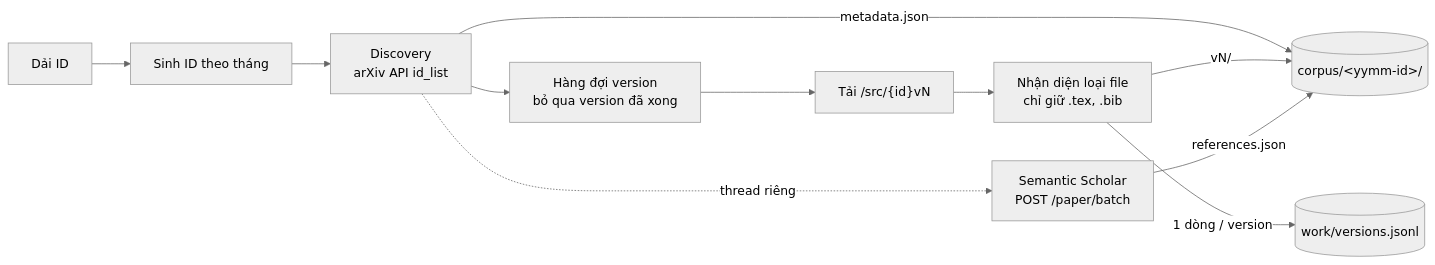
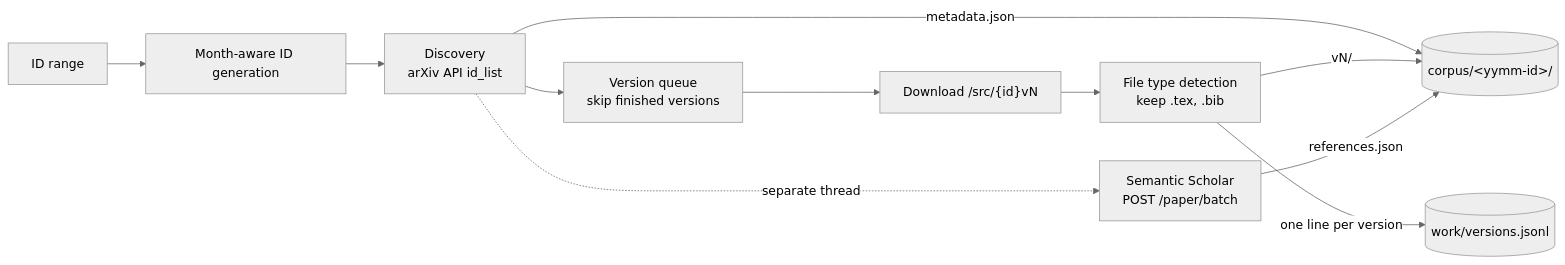
Before and after one commit to hcmus-arxiv-nhom1/arxiv-book: the diagram in m1/01-methodology.md, drawn with Mermaid (neutral theme). The commit also changed other lines of this file and 7 other files, not shown here.

````diff
--- a/m1/01-methodology.md
+++ b/m1/01-methodology.md
@@ -22,13 +22,13 @@
 ```{mermaid}
 flowchart LR
-    R["Dải ID"] --> G["Sinh ID theo tháng"]
+    R["ID range"] --> G["Month-aware ID generation"]
     G --> D["Discovery<br/>arXiv API id_list"]
     D -->|metadata.json| C[("corpus/&lt;yymm-id&gt;/")]
-    D --> V["Hàng đợi version<br/>bỏ qua version đã xong"]
-    V --> DL["Tải /src/{id}vN"]
-    DL --> X["Nhận diện loại file<br/>chỉ giữ .tex, .bib"]
+    D --> V["Version queue<br/>skip finished versions"]
+    V --> DL["Download /src/{id}vN"]
+    DL --> X["File type detection<br/>keep .tex, .bib"]
     X -->|vN/| C
-    X -->|1 dòng / version| J[("work/versions.jsonl")]
-    D -. thread riêng .-> S["Semantic Scholar<br/>POST /paper/batch"]
+    X -->|one line per version| J[("work/versions.jsonl")]
+    D -. separate thread .-> S["Semantic Scholar<br/>POST /paper/batch"]
     S -->|references.json| C
 ```
````
